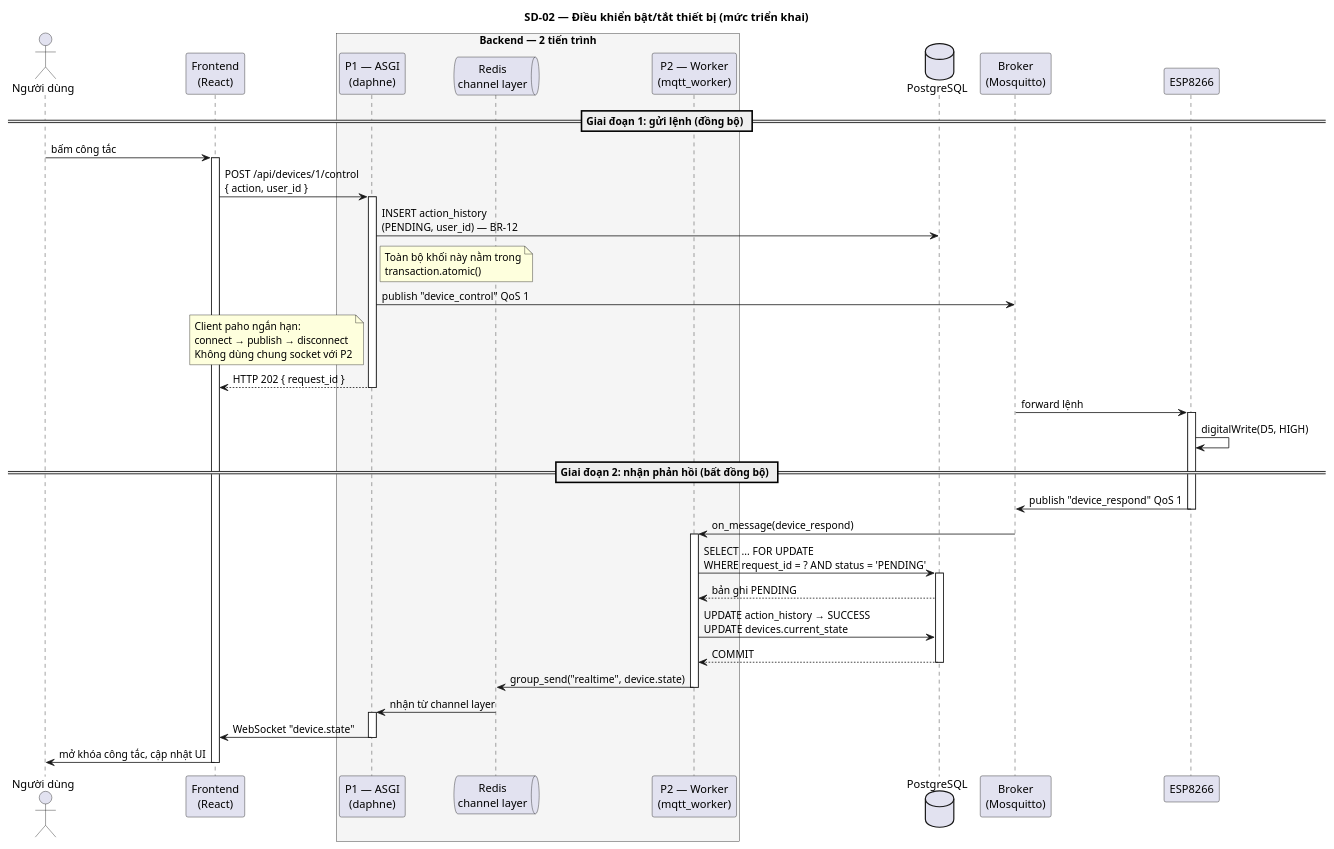
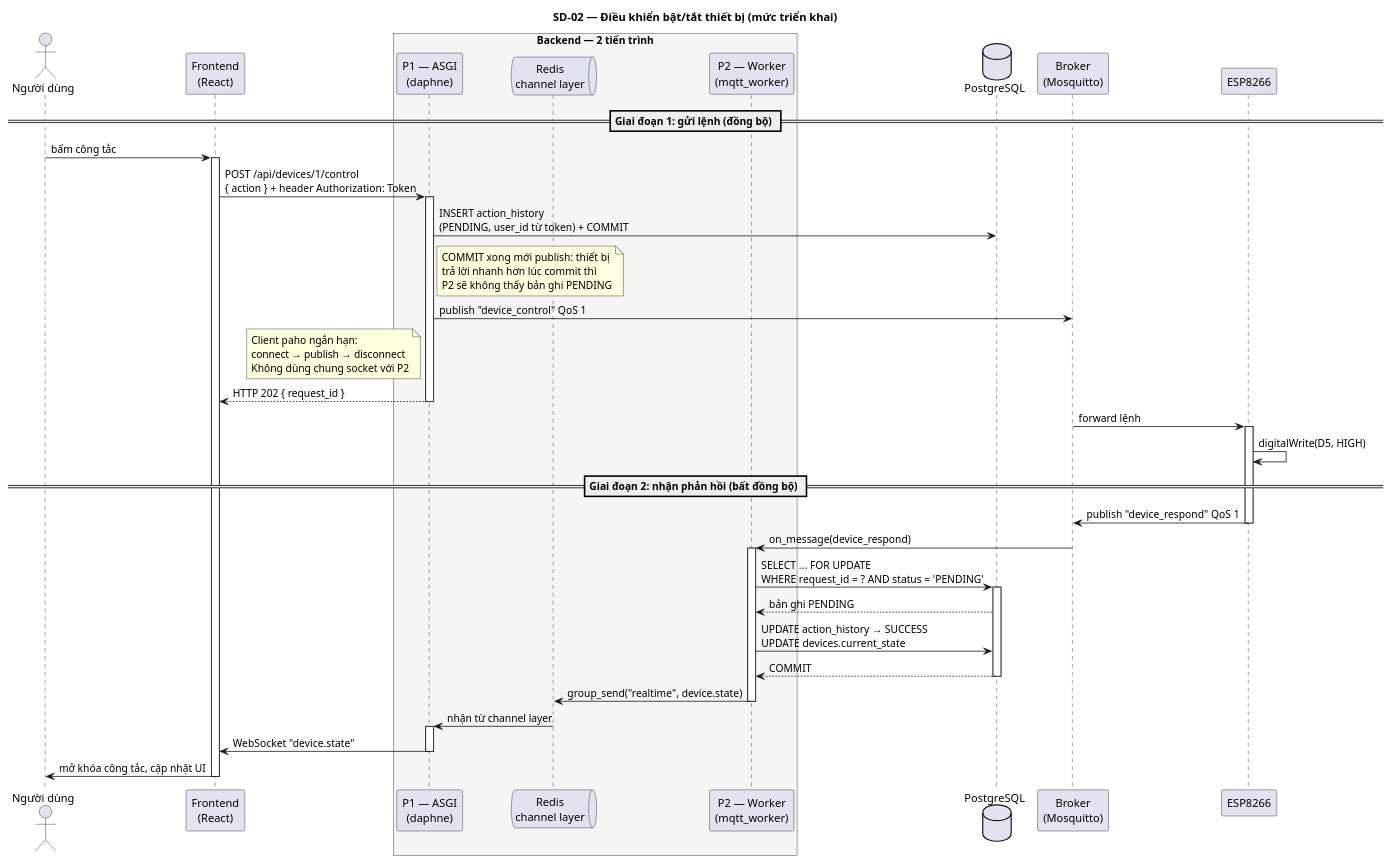
The fourth of 13 diagrams in docs/03-Sequence.md (B23DCAT011/IOT), drawn with PlantUML before and after one commit. The commit also changed other lines of this file and 13 other files, not shown here.

````diff
--- a/docs/03-Sequence.md
+++ b/docs/03-Sequence.md
@@ -273,69 +273,70 @@
 ```plantuml
 @startuml SD02_DieuKhienThietBi_TrienKhai
 title SD-02 — Điều khiển bật/tắt thiết bị (mức triển khai)
 
 skinparam shadowing false
 
 actor "Người dùng" as User
 participant "Frontend\n(React)" as FE
 
 box "Backend — 2 tiến trình" #F5F5F5
   participant "P1 — ASGI\n(daphne)" as P1
   queue "Redis\nchannel layer" as RD
   participant "P2 — Worker\n(mqtt_worker)" as P2
 end box
 
 database "PostgreSQL" as DB
 participant "Broker\n(Mosquitto)" as MQ
 participant "ESP8266" as HW
 
 == Giai đoạn 1: gửi lệnh (đồng bộ) ==
 
 User -> FE : bấm công tắc
 activate FE
-FE -> P1 : POST /api/devices/1/control\n{ action, user_id }
+FE -> P1 : POST /api/devices/1/control\n{ action } + header Authorization: Token
 activate P1
-P1 -> DB : INSERT action_history\n(PENDING, user_id) — BR-12
+P1 -> DB : INSERT action_history\n(PENDING, user_id từ token) + COMMIT
 note right of P1
-  Toàn bộ khối này nằm trong
-  transaction.atomic()
+  COMMIT xong mới publish: thiết bị
+  trả lời nhanh hơn lúc commit thì
+  P2 sẽ không thấy bản ghi PENDING
 end note
 P1 -> MQ : publish "device_control" QoS 1
 note left of P1
   Client paho ngắn hạn:
   connect → publish → disconnect
   Không dùng chung socket với P2
 end note
 P1 --> FE : HTTP 202 { request_id }
 deactivate P1
 
 MQ -> HW : forward lệnh
 activate HW
 HW -> HW : digitalWrite(D5, HIGH)
 
 == Giai đoạn 2: nhận phản hồi (bất đồng bộ) ==
 
 HW -> MQ : publish "device_respond" QoS 1
 deactivate HW
 MQ -> P2 : on_message(device_respond)
 activate P2
 
 P2 -> DB : SELECT ... FOR UPDATE\nWHERE request_id = ? AND status = 'PENDING'
 activate DB
 DB --> P2 : bản ghi PENDING
 P2 -> DB : UPDATE action_history → SUCCESS\nUPDATE devices.current_state
 DB --> P2 : COMMIT
 deactivate DB
 
 P2 -> RD : group_send("realtime", device.state)
 deactivate P2
 RD -> P1 : nhận từ channel layer
 activate P1
 P1 -> FE : WebSocket "device.state"
 deactivate P1
 
 FE -> User : mở khóa công tắc, cập nhật UI
 deactivate FE
 
 @enduml
 ```
````
